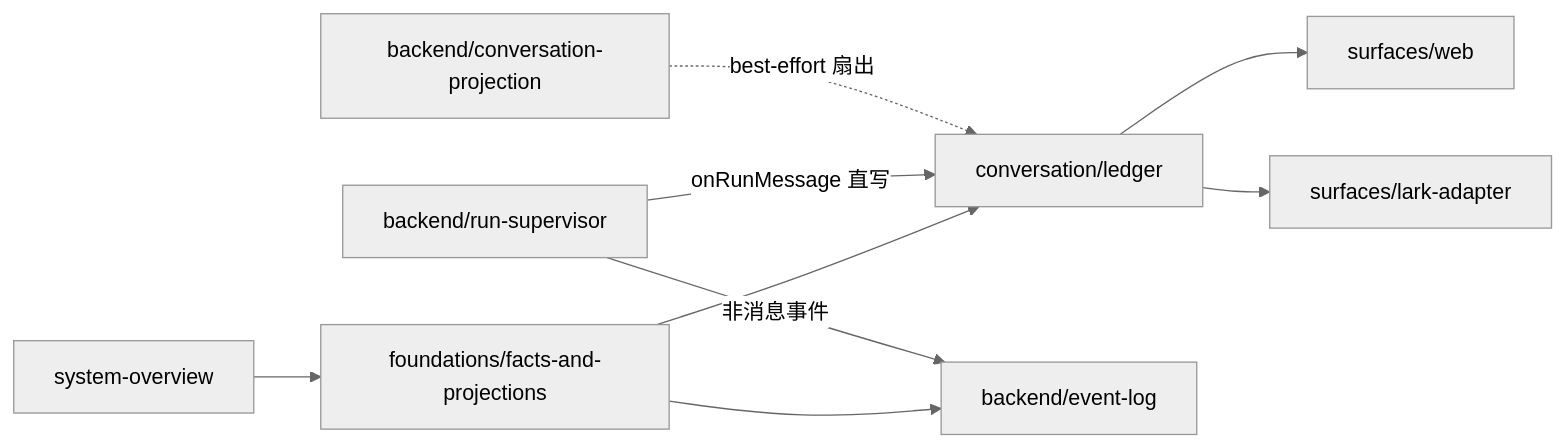
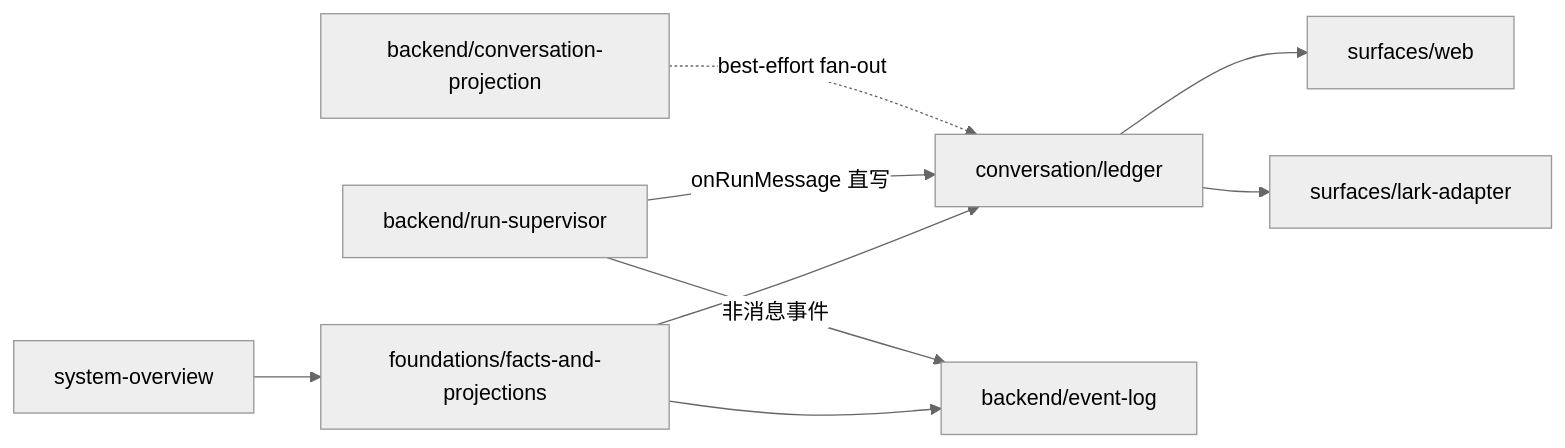
The first of 3 diagrams in docs/architecture/map.md (Chengchcc/my-agent-team), drawn with Mermaid (neutral theme) before and after one commit. The commit also changed other lines of this file and 17 other files, not shown here.

Commit message:
docs(docs): review all wiki docs — fix fan-out, AI-isms, context gaps, stale terms

````diff
--- a/docs/architecture/map.md
+++ b/docs/architecture/map.md
@@ -7,11 +7,11 @@
 ```mermaid
 flowchart LR
   SO[system-overview] --> FP[foundations/facts-and-projections]
   FP --> Ledger[conversation/ledger]
   FP --> EL[backend/event-log]
   RS[backend/run-supervisor] -->|onRunMessage 直写| Ledger
   RS -->|非消息事件| EL
-  CP[backend/conversation-projection] -.best-effort 扇出.-> Ledger
+  CP[backend/conversation-projection] -.best-effort fan-out.-> Ledger
   Ledger --> Web[surfaces/web]
   Ledger --> Lark[surfaces/lark-adapter]
 ```
````
